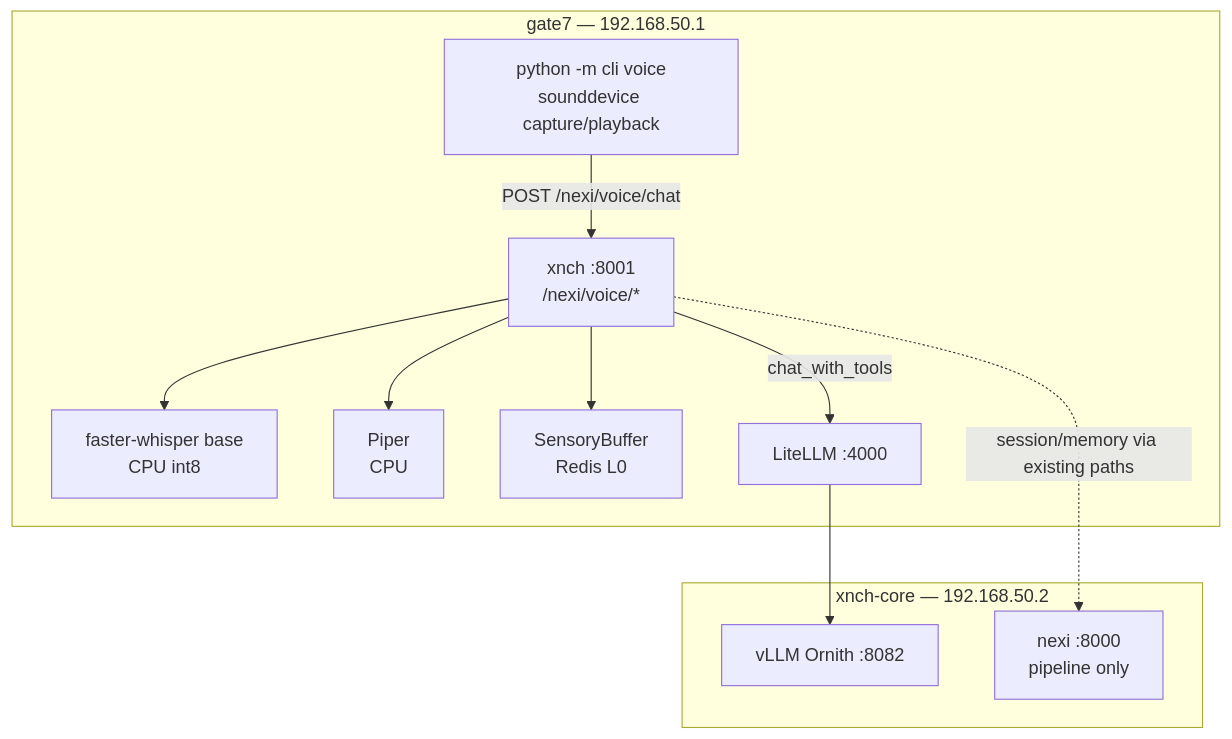
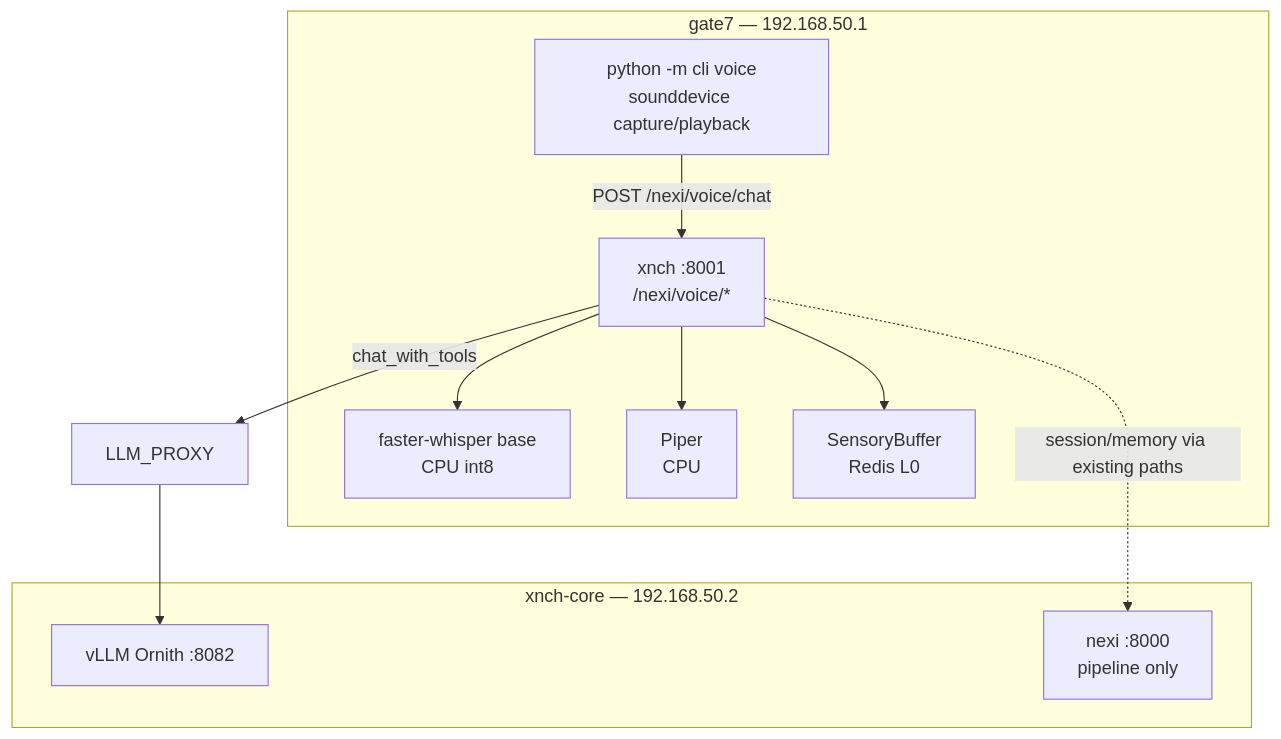
One commit to x-nch/xnchSystems changed the second of 2 diagrams in docs/guides/nexi-voice-architecture.md. Above: the diagram before and after it, drawn with Mermaid. The commit also changed other lines of this file and 16 other files, not shown here.

````diff
--- a/docs/guides/nexi-voice-architecture.md
+++ b/docs/guides/nexi-voice-architecture.md
@@ -89,24 +90,23 @@
 ```mermaid
 flowchart TB
     subgraph Gate7["gate7 — 192.168.50.1"]
         CLI["python -m cli voice<br/>sounddevice capture/playback"]
         XNCH["xnch :8001<br/>/nexi/voice/*"]
         STT["faster-whisper base<br/>CPU int8"]
         TTS["Piper<br/>CPU"]
         SB["SensoryBuffer<br/>Redis L0"]
-        LLM_PROXY["LiteLLM :4000"]
     end
 
     subgraph NodeB["xnch-core — 192.168.50.2"]
         VLLM["vLLM Ornith :8082"]
         NEXI["nexi :8000<br/>pipeline only"]
     end
 
     CLI -->|"POST /nexi/voice/chat"| XNCH
     XNCH --> STT
     XNCH --> TTS
     XNCH --> SB
     XNCH -->|"chat_with_tools"| LLM_PROXY
     LLM_PROXY --> VLLM
     XNCH -.->|"session/memory via existing paths"| NEXI
 ```
````
